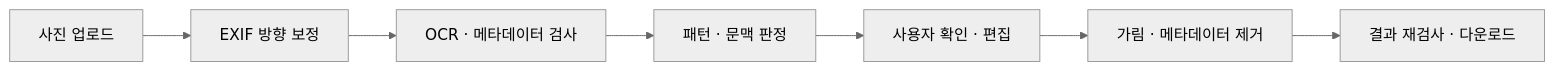
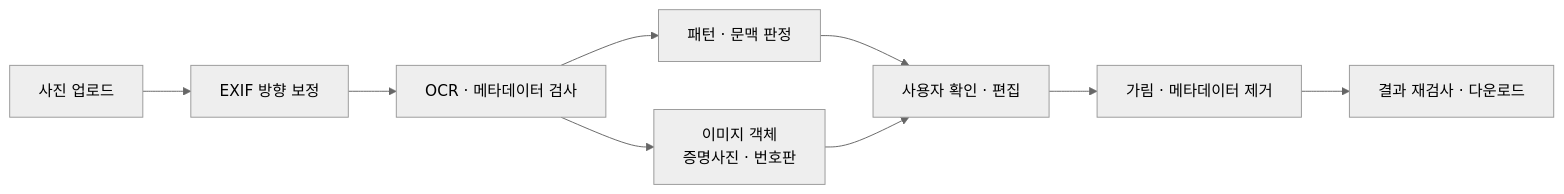
Before and after one commit to 2026-usw-project/privacy-lens: the diagram in README.md, drawn with Mermaid (neutral theme). The commit also changed other lines of this file and 3 other files, not shown here.

First line of the commit message:
docs: README·아키텍처·개발 노트에 이미지 객체(증명사진·번호판) 반영

````diff
--- a/README.md
+++ b/README.md
@@ -144,9 +145,11 @@
 ```mermaid
 flowchart LR
     A[사진 업로드] --> B[EXIF 방향 보정]
     B --> C[OCR · 메타데이터 검사]
     C --> D[패턴 · 문맥 판정]
+    C --> O[이미지 객체<br/>증명사진 · 번호판]
     D --> E[사용자 확인 · 편집]
+    O --> E
     E --> F[가림 · 메타데이터 제거]
     F --> G[결과 재검사 · 다운로드]
 ```
````
